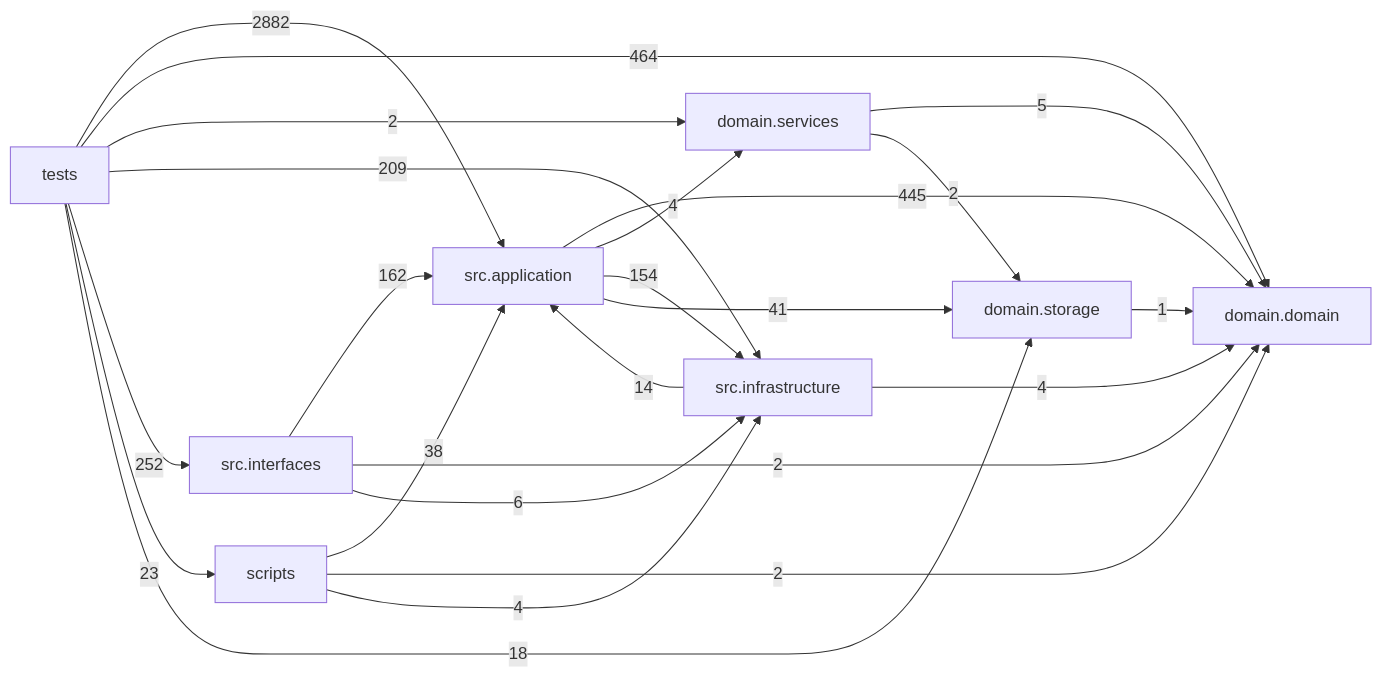
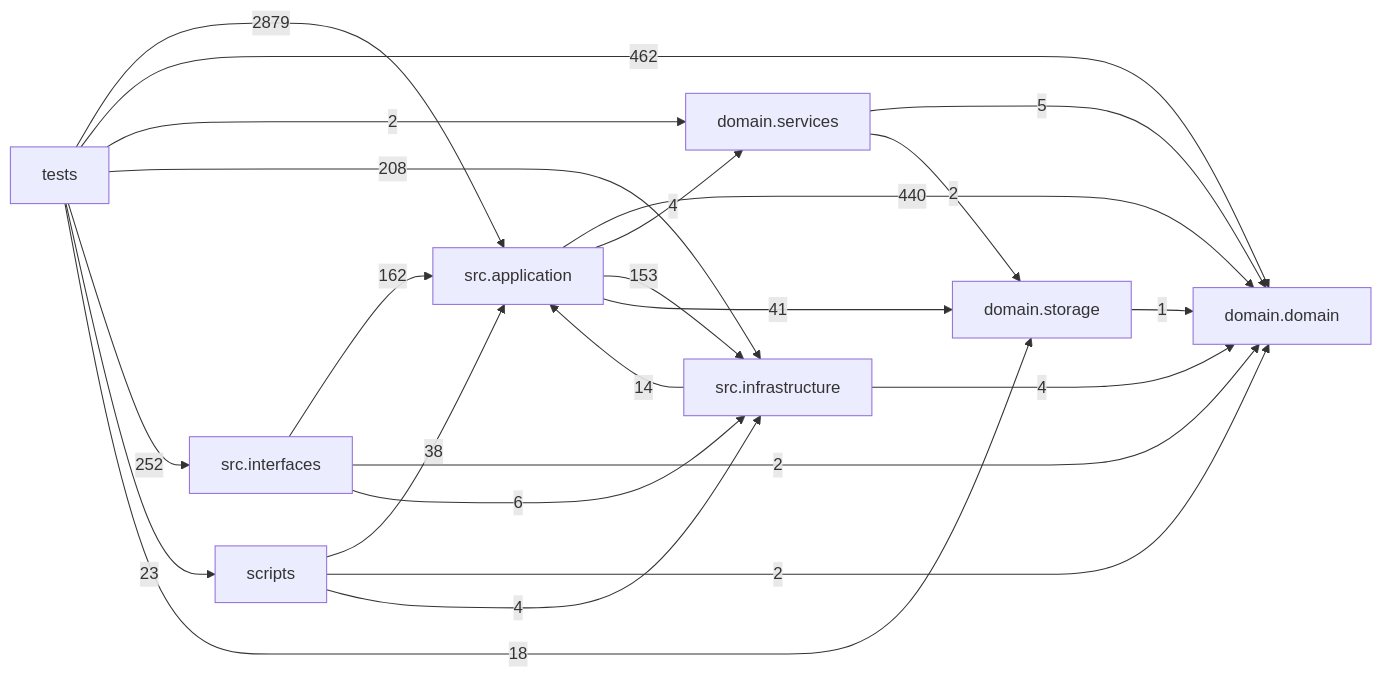
The diagram in docs/DEPENDENCY_GRAPH.md (liuxie066/options-monitor), drawn with Mermaid before and after one commit. The commit also changed other lines of this file and 13 other files, not shown here.

````diff
--- a/docs/DEPENDENCY_GRAPH.md
+++ b/docs/DEPENDENCY_GRAPH.md
@@ -24,33 +24,33 @@
 ```mermaid
 flowchart LR
   tests["tests"]
   scripts["scripts"]
   interfaces["src.interfaces"]
   application["src.application"]
   infrastructure["src.infrastructure"]
   domain_services["domain.services"]
   domain["domain.domain"]
   storage["domain.storage"]
-  application -->|445| domain
+  application -->|440| domain
   application -->|4| domain_services
-  application -->|154| infrastructure
+  application -->|153| infrastructure
   application -->|41| storage
   domain_services -->|5| domain
   domain_services -->|2| storage
   infrastructure -->|14| application
   infrastructure -->|4| domain
   interfaces -->|162| application
   interfaces -->|2| domain
   interfaces -->|6| infrastructure
   scripts -->|38| application
   scripts -->|2| domain
   scripts -->|4| infrastructure
   storage -->|1| domain
-  tests -->|2882| application
-  tests -->|464| domain
+  tests -->|2879| application
+  tests -->|462| domain
   tests -->|2| domain_services
-  tests -->|209| infrastructure
+  tests -->|208| infrastructure
   tests -->|252| interfaces
   tests -->|23| scripts
   tests -->|18| storage
 ```
````
